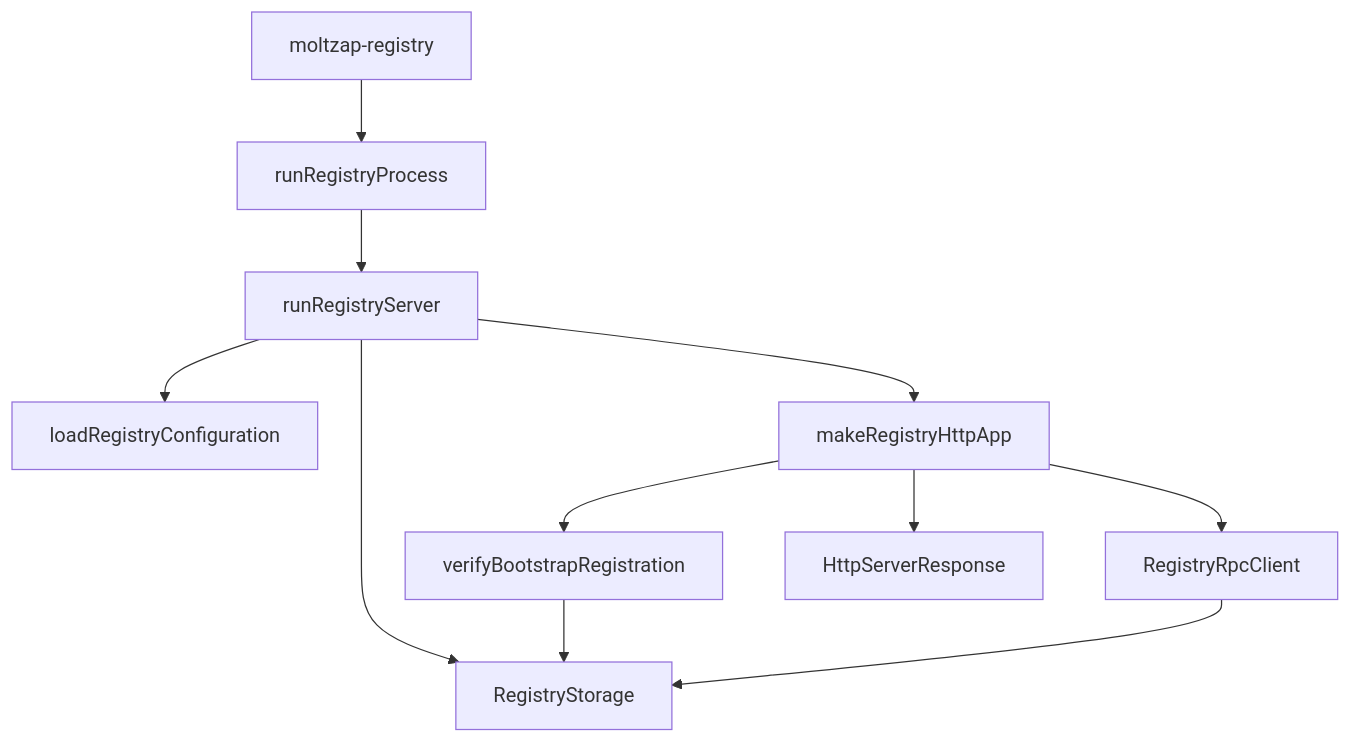
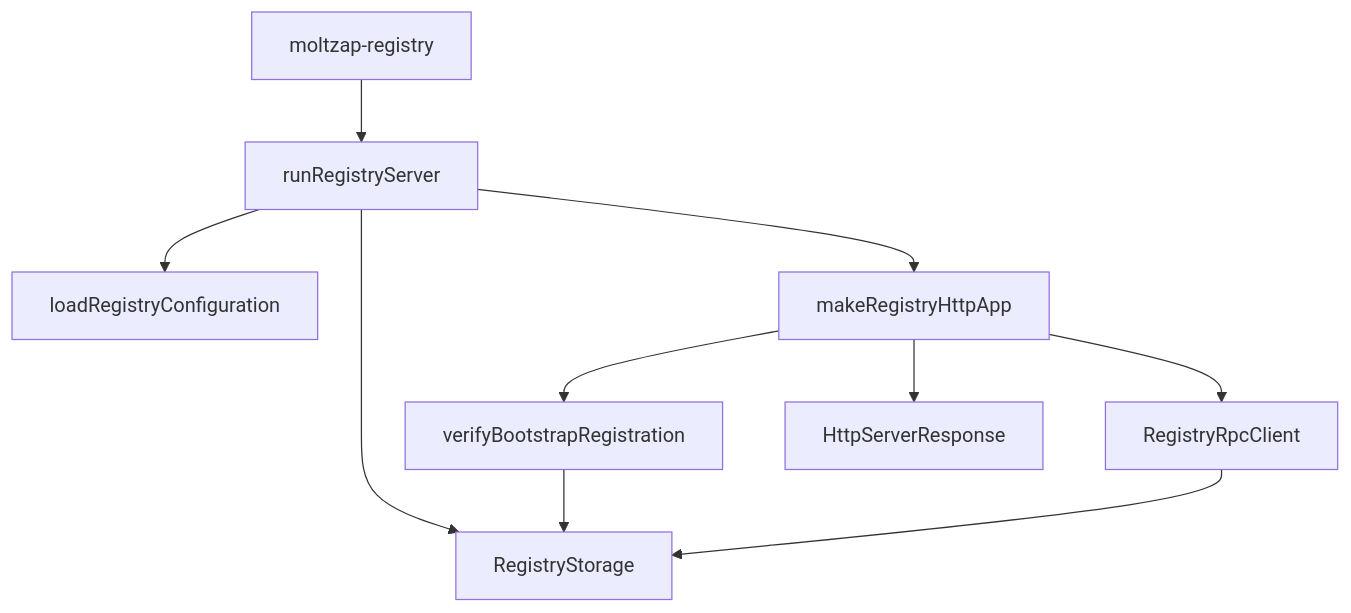
The diagram in docs/modules/identity/src.mdx (chughtapan/moltzap), drawn with Mermaid before and after one commit. The commit also changed other lines of this file and 5 other files, not shown here.

Commit message:
refactor(identity): launch registry layer from binary

````diff
--- a/docs/modules/identity/src.mdx
+++ b/docs/modules/identity/src.mdx
@@ -787,13 +787,12 @@
 ```mermaid
 flowchart TD
-  Binary["moltzap-registry"] --> Process["runRegistryProcess"]
-  Process --> Server["runRegistryServer"]
+  Binary["moltzap-registry"] --> Server["runRegistryServer"]
   Server --> Configuration["loadRegistryConfiguration"]
   Server --> Storage["RegistryStorage"]
   Server --> Http["makeRegistryHttpApp"]
   Http --> Admission["verifyBootstrapRegistration"]
   Http --> Rpc["RegistryRpcClient"]
   Admission --> Storage
   Rpc --> Storage
   Http --> Response["HttpServerResponse"]
 ```
````
